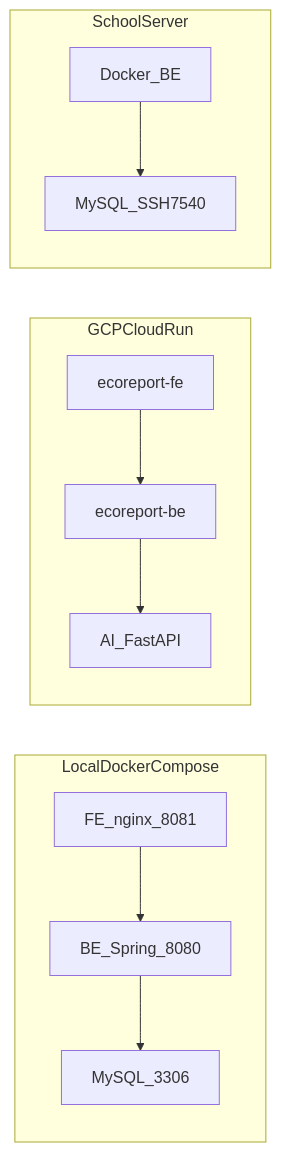
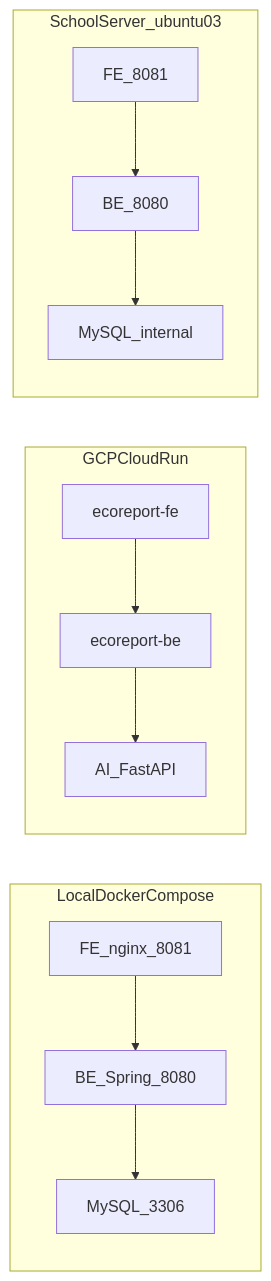
One commit to ravenkim/sundry_study changed the fourth of 4 diagrams in docs/최종 제안서/6_시스템구조.md. Above: the diagram before and after it, drawn with Mermaid. The commit also changed other lines of this file and 9 other files, not shown here.

````diff
--- a/docs/최종 제안서/6_시스템구조.md
+++ b/docs/최종 제안서/6_시스템구조.md
@@ -190,25 +192,27 @@
 ```mermaid
 flowchart LR
   subgraph local [LocalDockerCompose]
     FE8081[FE_nginx_8081]
     BE8080[BE_Spring_8080]
     MySQL3306[MySQL_3306]
   end
 
   subgraph gcp [GCPCloudRun]
     CR_FE[ecoreport-fe]
     CR_BE[ecoreport-be]
     CR_AI[AI_FastAPI]
   end
 
-  subgraph school [SchoolServer]
-    SchoolMySQL[MySQL_SSH7540]
-    SchoolDocker[Docker_BE]
+  subgraph school [SchoolServer_ubuntu03]
+    SchoolFE[FE_8081]
+    SchoolBE[BE_8080]
+    SchoolMySQL[MySQL_internal]
   end
 
   FE8081 --> BE8080
   BE8080 --> MySQL3306
   CR_FE --> CR_BE
   CR_BE --> CR_AI
-  SchoolDocker --> SchoolMySQL
+  SchoolFE --> SchoolBE
+  SchoolBE --> SchoolMySQL
 ```
````
